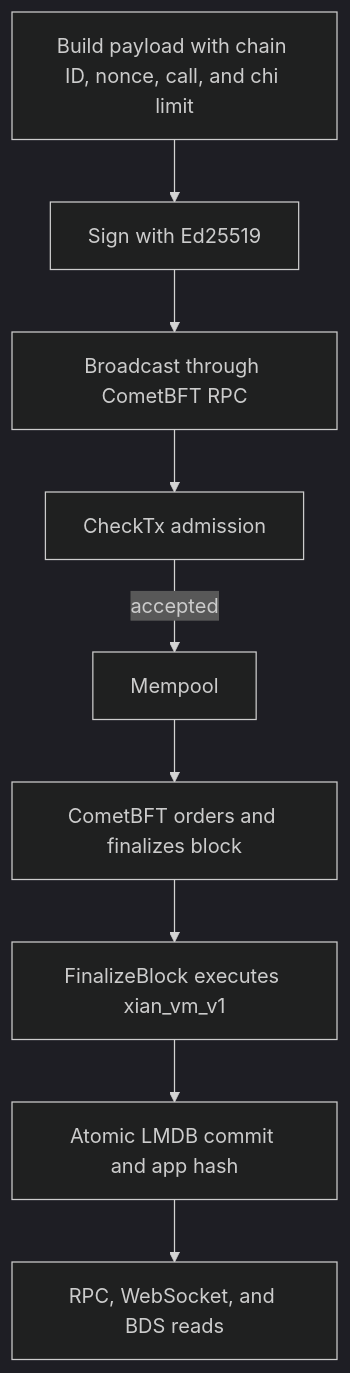
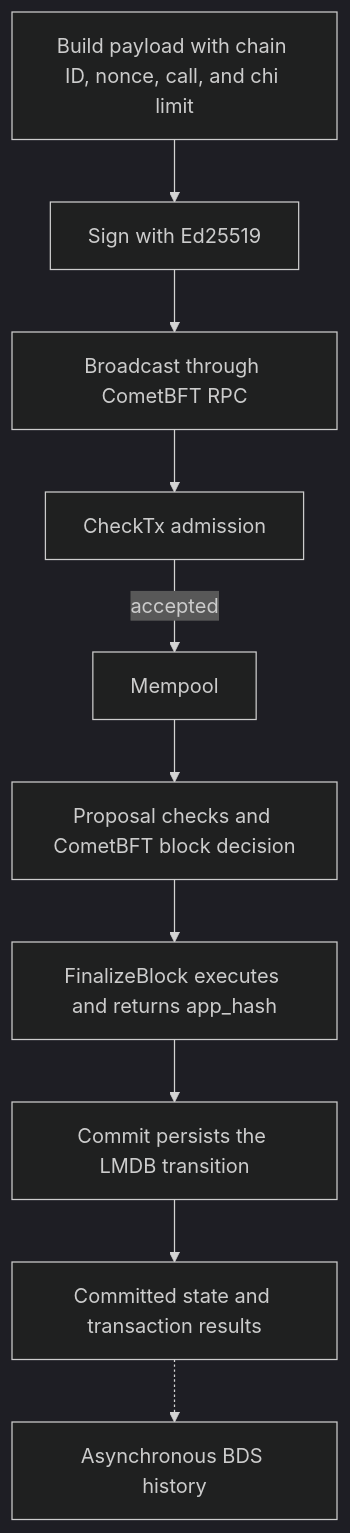
Before and after one commit to xian-technology/xian-docs-web: the diagram in concepts/transaction-lifecycle.md, drawn with Mermaid (dark theme). The commit also changed other lines of this file and 28 other files, not shown here.

````diff
--- a/concepts/transaction-lifecycle.md
+++ b/concepts/transaction-lifecycle.md
@@ -6,15 +6,17 @@
 ```mermaid
 flowchart TD
   Build["Build payload with chain ID, nonce, call, and chi limit"]
   Sign["Sign with Ed25519"]
   Broadcast["Broadcast through CometBFT RPC"]
   Check["CheckTx admission"]
   Mempool["Mempool"]
-  Consensus["CometBFT orders and finalizes block"]
-  Execute["FinalizeBlock executes xian_vm_v1"]
-  Commit["Atomic LMDB commit and app hash"]
-  Read["RPC, WebSocket, and BDS reads"]
+  Consensus["Proposal checks and CometBFT block decision"]
+  Execute["FinalizeBlock executes and returns app_hash"]
+  Commit["Commit persists the LMDB transition"]
+  Read["Committed state and transaction results"]
+  BDS["Asynchronous BDS history"]
 
   Build --> Sign --> Broadcast --> Check
   Check -->|accepted| Mempool --> Consensus --> Execute --> Commit --> Read
+  Read -.-> BDS
 ```
````
